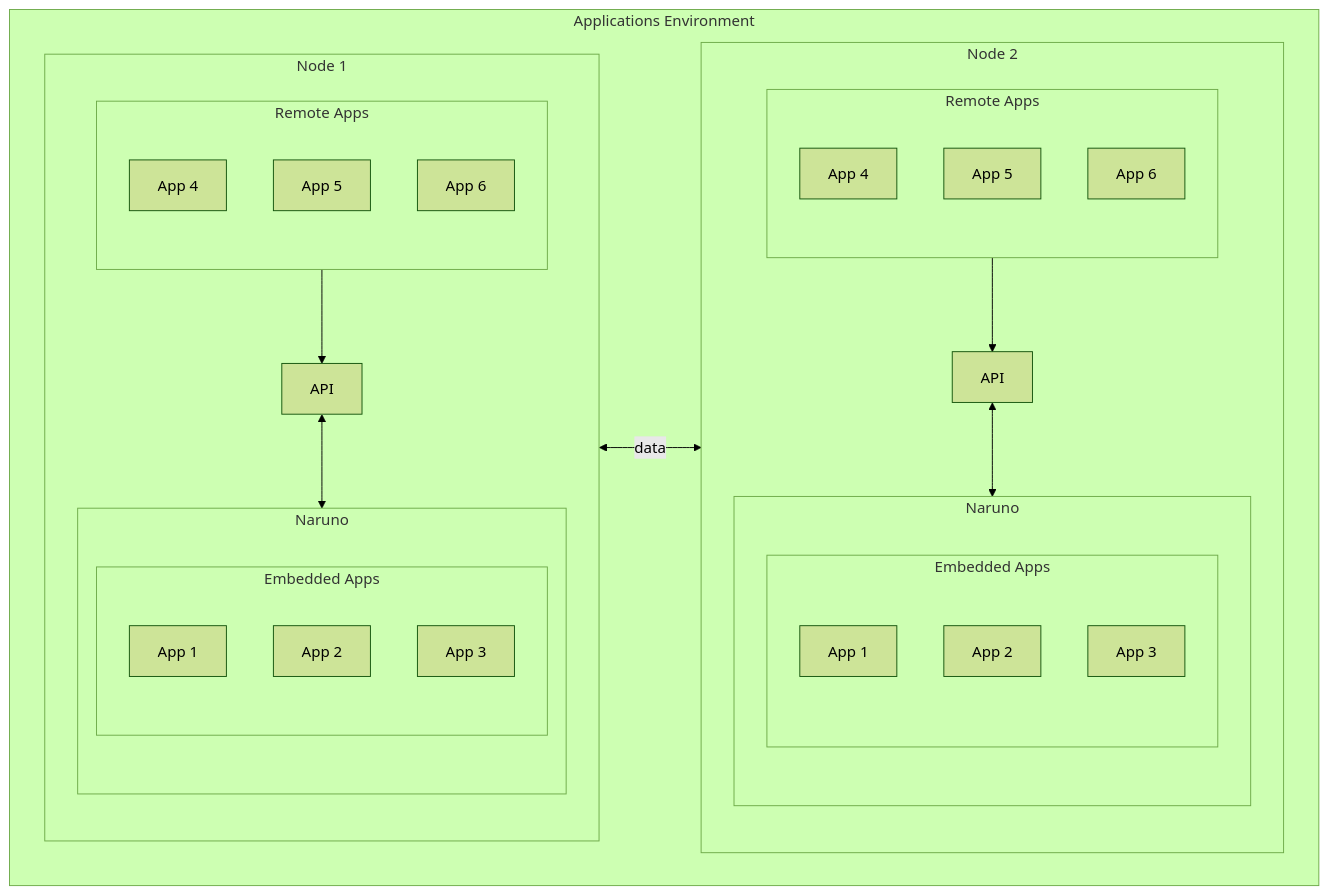
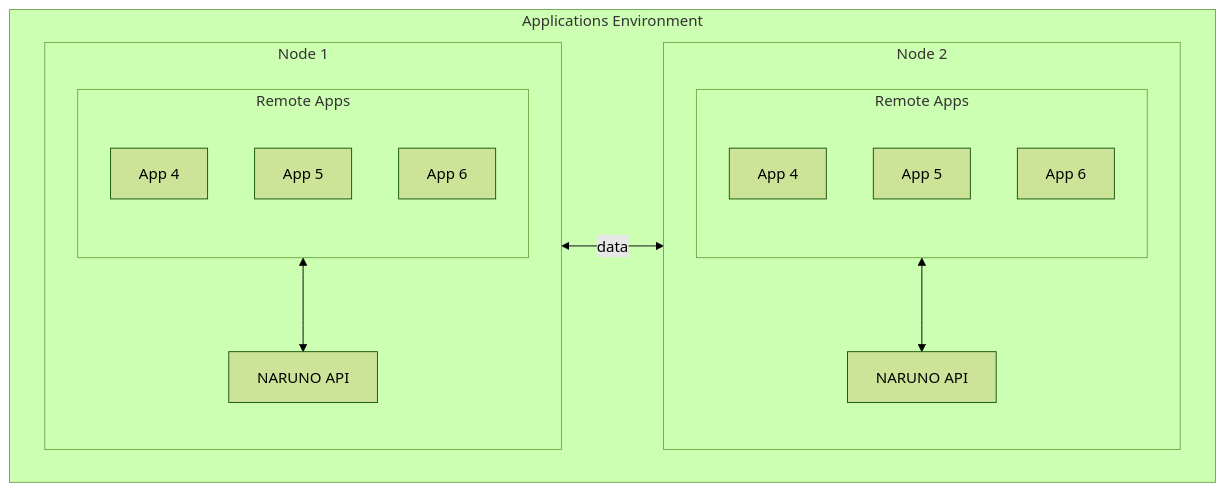
The second of 2 diagrams in docs/concepts/apps.md (Naruno/Naruno), drawn with Mermaid (forest theme) before and after one commit. The commit also changed 9 other files, not shown here.

First line of the commit message:
apps: Deprecated Embedded Apps (#1512)

````diff
--- a/docs/concepts/apps.md
+++ b/docs/concepts/apps.md
@@ -85,60 +75,46 @@
 ```mermaid
 flowchart LR
 
 subgraph Applications Environment
     direction LR
 
     subgraph Node_1 [Node 1]
-        API_1[API]
+        API_1[NARUNO API]
 
-        subgraph Embedded_Apps_1 [Embedded Apps]
-            direction TB
-            E1_1[App 1]
-            E2_1[App 2]
-            E3_1[App 3]
-        end
+
         subgraph Remote_Apps_1 [Remote Apps]
             direction TB
             R1_1[App 4]
             R2_1[App 5]
             R3_1[App 6]
         end
-        subgraph Naruno_1 [Naruno]
-            Embedded_Apps_1
-        end
 
-        Remote_Apps_1 --> API_1
-        API_1 <--> Naruno_1
+
+        Remote_Apps_1 <--> API_1
+
 
     end
 
     subgraph Node_2 [Node 2]
-        API_2[API]
+        API_2[NARUNO API]
 
-        subgraph Embedded_Apps_2 [Embedded Apps]
-            direction TB
-            E1_2[App 1]
-            E2_2[App 2]
-            E3_2[App 3]
-        end
+
         subgraph Remote_Apps_2 [Remote Apps]
             direction TB
             R1_2[App 4]
             R2_2[App 5]
             R3_2[App 6]
         end
-        subgraph Naruno_2 [Naruno]
-            Embedded_Apps_2
-        end
 
-        Remote_Apps_2 --> API_2
-        API_2 <--> Naruno_2
+
+        Remote_Apps_2 <--> API_2
+
 
     end
 
 
 Node_1 <--data--> Node_2
 
 
 end
 ```
````
